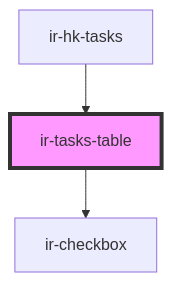
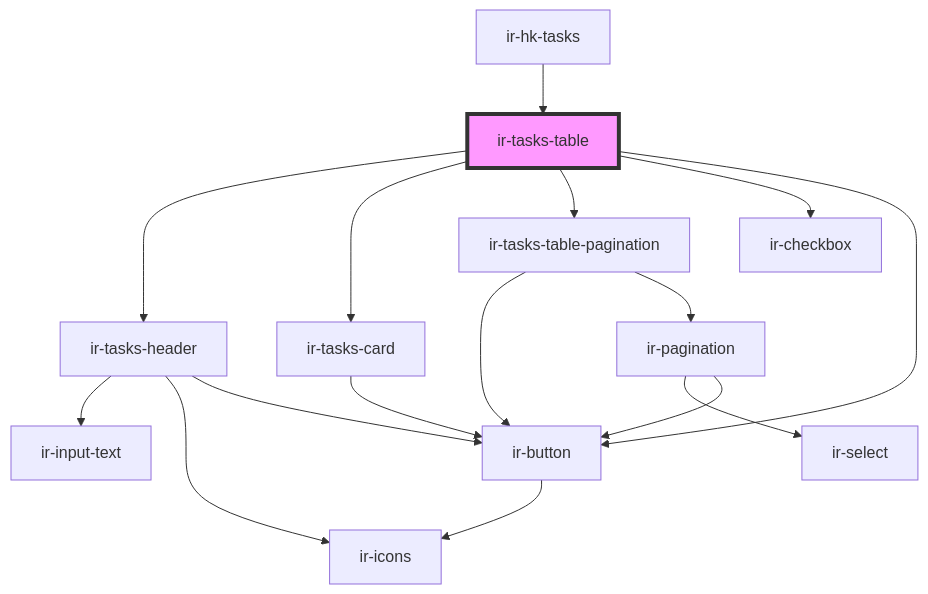
The diagram in src/components/ir-housekeeping/ir-hk-tasks/ir-tasks-table/readme.md (David1Chowaifaty/modified-ir-webcmp), drawn with Mermaid before and after one commit. The commit also changed other lines of this file and 58 other files, not shown here.

````diff
--- a/src/components/ir-housekeeping/ir-hk-tasks/ir-tasks-table/readme.md
+++ b/src/components/ir-housekeeping/ir-hk-tasks/ir-tasks-table/readme.md
@@ -35,6 +40,19 @@
 ```mermaid
 graph TD;
+  ir-tasks-table --> ir-tasks-header
+  ir-tasks-table --> ir-tasks-card
+  ir-tasks-table --> ir-tasks-table-pagination
   ir-tasks-table --> ir-checkbox
+  ir-tasks-table --> ir-button
+  ir-tasks-header --> ir-input-text
+  ir-tasks-header --> ir-icons
+  ir-tasks-header --> ir-button
+  ir-button --> ir-icons
+  ir-tasks-card --> ir-button
+  ir-tasks-table-pagination --> ir-button
+  ir-tasks-table-pagination --> ir-pagination
+  ir-pagination --> ir-select
+  ir-pagination --> ir-button
   ir-hk-tasks --> ir-tasks-table
   style ir-tasks-table fill:#f9f,stroke:#333,stroke-width:4px
 ```
````
